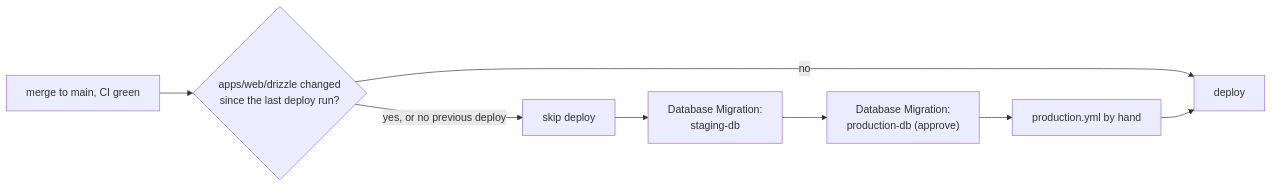
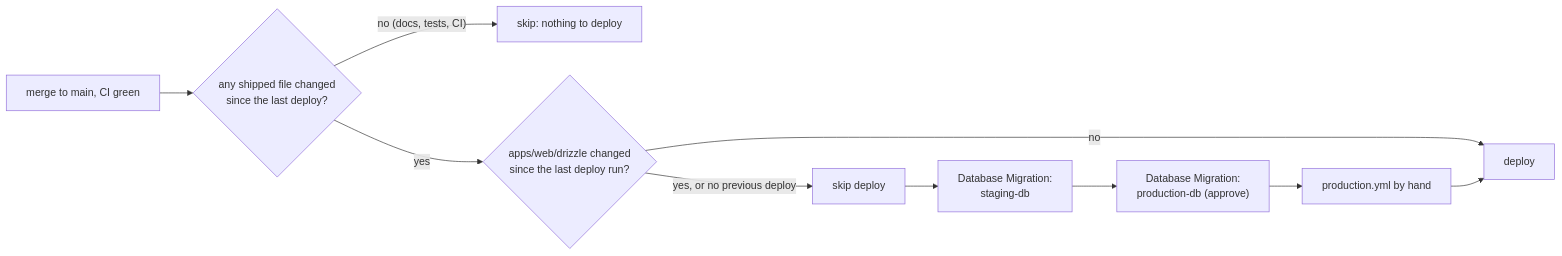
One commit to bhimrazy/receipt-ocr-app changed the second of 4 diagrams in docs/architecture/flows/deployment.md. Above: the diagram before and after it, drawn with Mermaid. The commit also changed other lines of this file and 5 other files, not shown here.

Commit message:
docs: sync STATUS and architecture with today's merges

````diff
--- a/docs/architecture/flows/deployment.md
+++ b/docs/architecture/flows/deployment.md
@@ -72,10 +81,12 @@
 ```mermaid
 flowchart LR
-  merge["merge to main, CI green"] --> gate{"apps/web/drizzle changed<br/>since the last deploy run?"}
+  merge["merge to main, CI green"] --> ship{"any shipped file changed<br/>since the last deploy?"}
+  ship -- "no (docs, tests, CI)" --> none["skip: nothing to deploy"]
+  ship -- yes --> gate{"apps/web/drizzle changed<br/>since the last deploy run?"}
   gate -- no --> d["deploy"]
   gate -- "yes, or no previous deploy" --> skip["skip deploy"]
   skip --> s["Database Migration:<br/>staging-db"]
   s --> p["Database Migration:<br/>production-db (approve)"]
   p --> m["production.yml by hand"]
   m --> d
 ```
````
